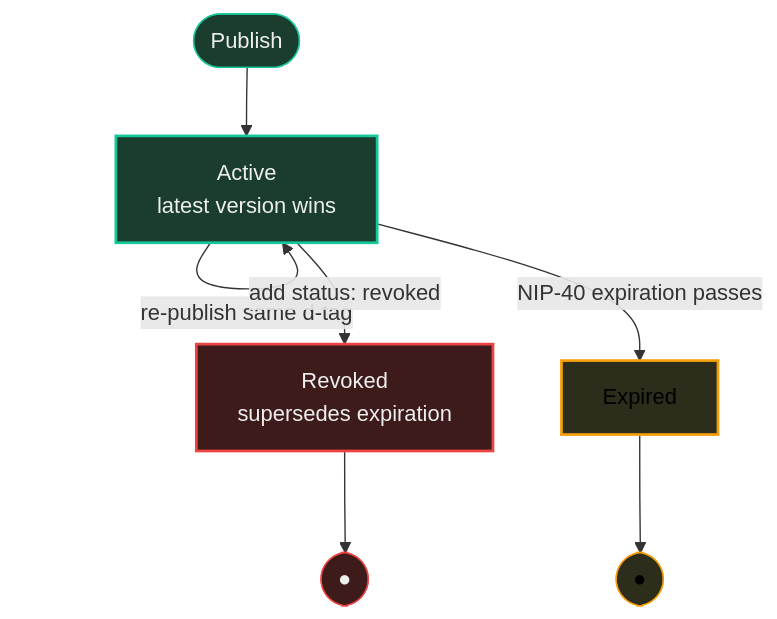
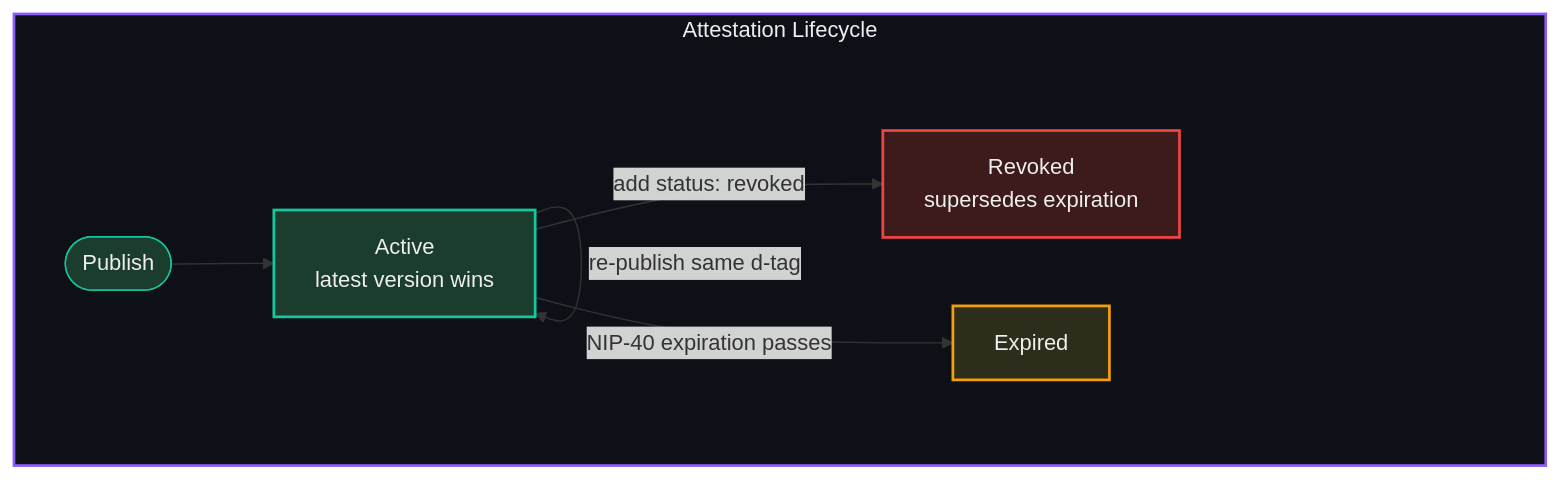
The diagram in assets/lifecycle.mmd (forgesworn/nostr-attestations), drawn with Mermaid before and after one commit. The commit also changed 7 other files, not shown here.

First line of the commit message:
chore: restructure diagrams with subgraph grouping and dark background

```diff
--- a/assets/lifecycle.mmd
+++ b/assets/lifecycle.mmd
@@ -1,21 +1,19 @@
-flowchart TD
-    PUB(["Publish"])
-    PUB --> ACT
+graph TD
+    subgraph LIFECYCLE["Attestation Lifecycle"]
+        PUB(["Publish"])
+        PUB --> ACT
 
-    ACT["Active\nlatest version wins"]
-    ACT -->|"re-publish same d-tag"| ACT
-    ACT -->|"add status: revoked"| REV
-    ACT -->|"NIP-40 expiration passes"| EXP
+        ACT["Active\nlatest version wins"]
+        ACT -->|"re-publish same d-tag"| ACT
+        ACT -->|"add status: revoked"| REV
+        ACT -->|"NIP-40 expiration passes"| EXP
 
-    REV["Revoked\nsupersedes expiration"]
-    EXP["Expired"]
+        REV["Revoked\nsupersedes expiration"]
+        EXP["Expired"]
+    end
 
-    REV --> DONE1(["●"])
-    EXP --> DONE2(["●"])
-
+    style LIFECYCLE fill:#0d1117,stroke:#8b5cf6,color:#eee,stroke-width:2px
     style PUB fill:#1b3d2d,stroke:#16c79a,color:#eee
     style ACT fill:#1b3d2d,stroke:#16c79a,color:#eee,stroke-width:2px
     style REV fill:#3d1b1b,stroke:#ef4444,color:#eee,stroke-width:2px
-    style EXP fill:#2d2d1b,stroke:#f59e0b,color:#000,stroke-width:2px
-    style DONE1 fill:#3d1b1b,stroke:#ef4444,color:#eee
-    style DONE2 fill:#2d2d1b,stroke:#f59e0b,color:#000
+    style EXP fill:#2d2d1b,stroke:#f59e0b,color:#eee,stroke-width:2px
```
